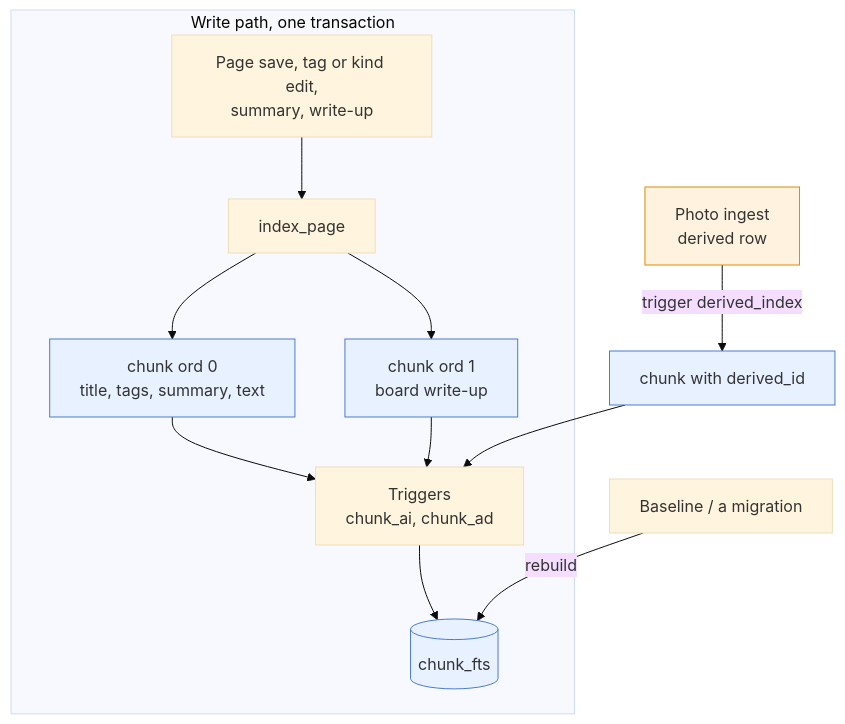
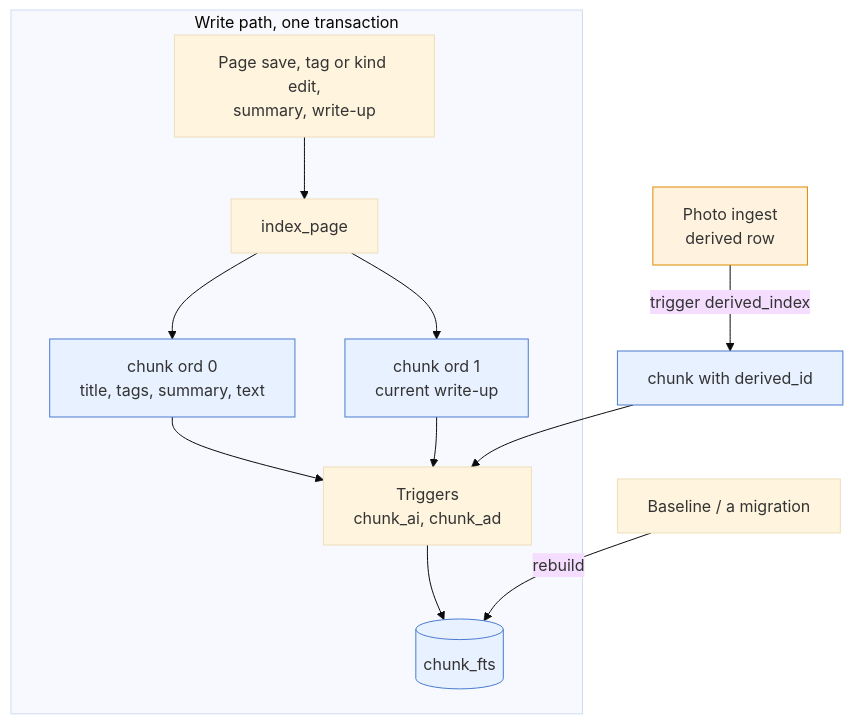
The second of 3 diagrams in docs/explanations/architecture/search.md (gilesknap/scrap), drawn with Mermaid (base theme) before and after one commit. The commit also changed other lines of this file and 23 other files, not shown here.

First line of the commit message:
Final docs pass for 1.0: fix drift against the code and chart (#376)

````diff
--- a/docs/explanations/architecture/search.md
+++ b/docs/explanations/architecture/search.md
@@ -79,19 +79,19 @@
 ```mermaid
 flowchart TD
     subgraph write ["Write path, one transaction"]
         SV["Page save, tag or kind edit,<br/>summary, write-up"] --> IP["index_page"]
         IP --> C0["chunk ord 0<br/>title, tags, summary, text"]
-        IP --> C1["chunk ord 1<br/>board write-up"]
+        IP --> C1["chunk ord 1<br/>current write-up"]
         C0 --> TR["Triggers<br/>chunk_ai, chunk_ad"]
         C1 --> TR
         TR --> FTS[("chunk_fts")]
     end
     DER["Photo ingest<br/>derived row"] -->|"trigger derived_index"| CD["chunk with derived_id"]
     CD --> TR
     MIG["Baseline / a migration"] -->|"rebuild"| FTS
 
     classDef store fill:#e8f1ff,stroke:#4a7bd0;
     classDef claude fill:#fff3e0,stroke:#e08a00;
     class FTS,C0,C1,CD store;
     class DER claude;
 ```
````
